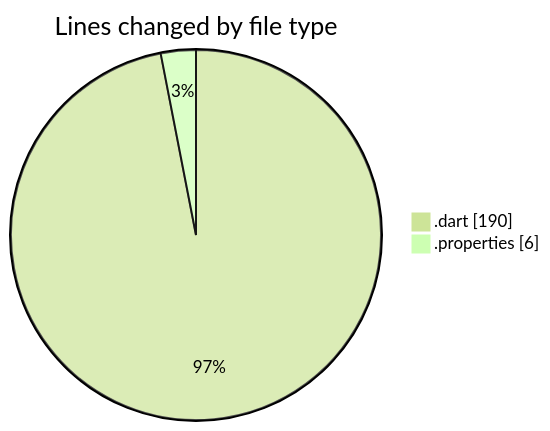
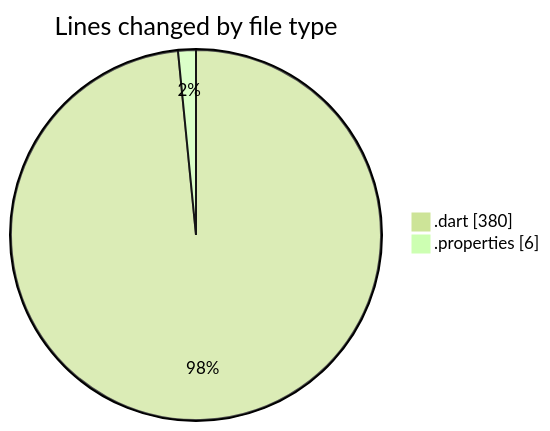
One commit to donsfak/code-tracking changed the first of 2 diagrams in 2025-01-09/maps_clone/README.md. Above: the diagram before and after it, drawn with Mermaid (forest theme). The commit also changed other lines of this file and 1 other file, not shown here.

````diff
--- a/2025-01-09/maps_clone/README.md
+++ b/2025-01-09/maps_clone/README.md
@@ -21,6 +21,6 @@
 ```mermaid
 pie showData
 title Lines changed by file type
-".dart" : 190
+".dart" : 380
 ".properties" : 6
 ```
````
